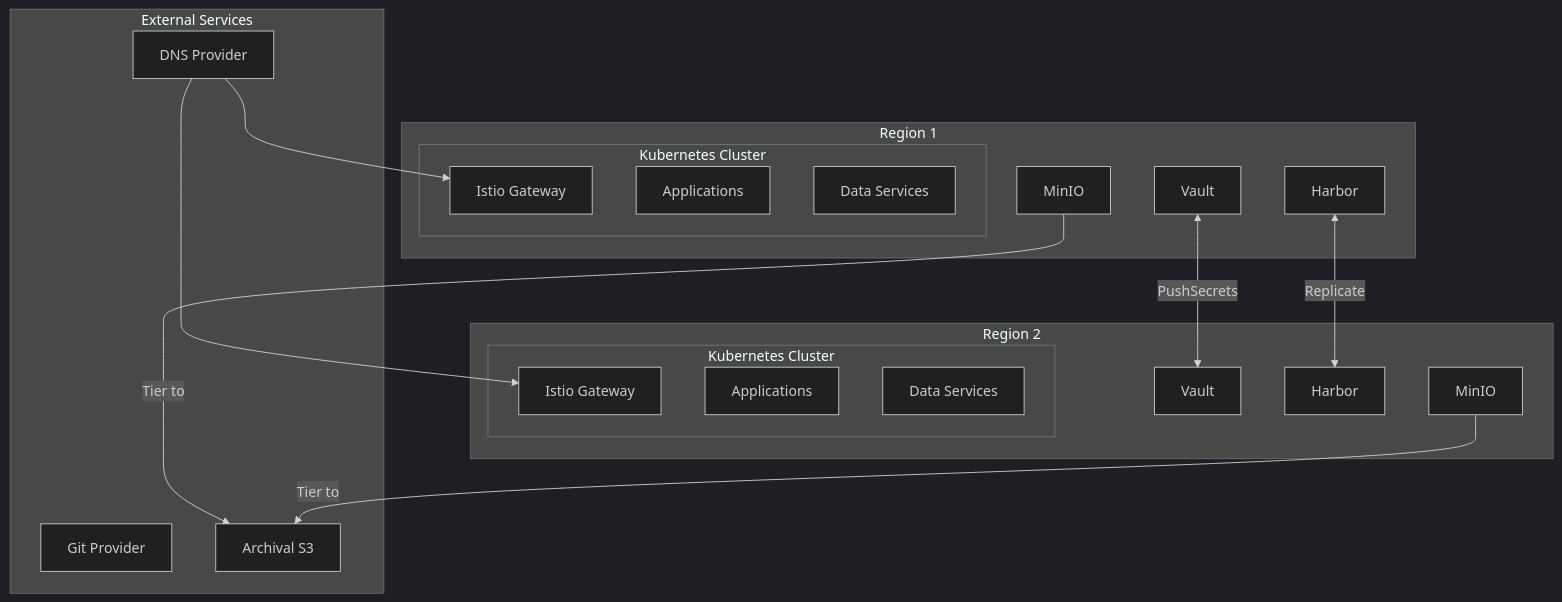
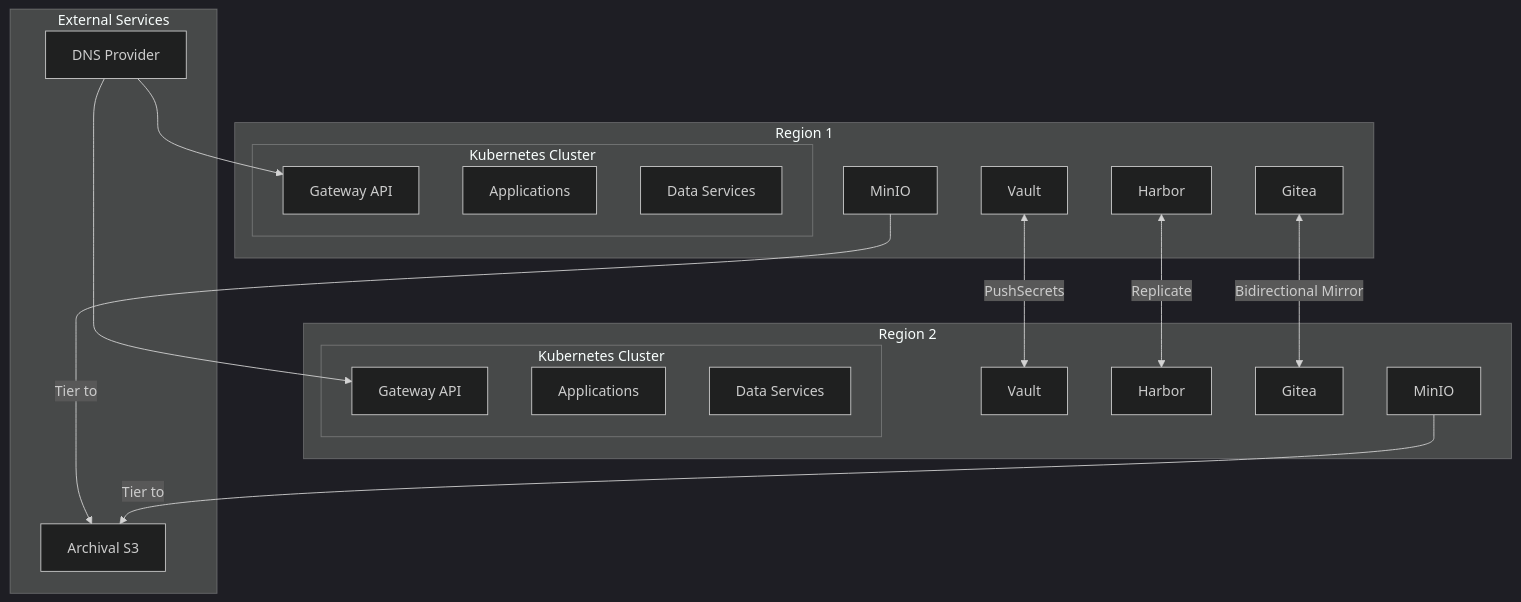
Before and after one commit to openova-io/handbook: the first of 3 diagrams in docs/specs/SPEC-PLATFORM-TECH-STACK.md, drawn with Mermaid (dark theme). The commit also changed other lines of this file and 19 other files, not shown here.

First line of the commit message:
docs: update architecture for Cilium Service Mesh and Gitea

````diff
--- a/docs/specs/SPEC-PLATFORM-TECH-STACK.md
+++ b/docs/specs/SPEC-PLATFORM-TECH-STACK.md
@@ -11,37 +11,39 @@
 ```mermaid
 flowchart TB
     subgraph External["External Services"]
         DNS[DNS Provider]
-        Git[Git Provider]
         Archival[Archival S3]
     end
 
     subgraph Region1["Region 1"]
         subgraph K8s1["Kubernetes Cluster"]
-            Istio1[Istio Gateway]
+            GW1[Gateway API]
             Apps1[Applications]
             Data1[Data Services]
         end
         Vault1[Vault]
         Harbor1[Harbor]
         MinIO1[MinIO]
+        Gitea1[Gitea]
     end
 
     subgraph Region2["Region 2"]
         subgraph K8s2["Kubernetes Cluster"]
-            Istio2[Istio Gateway]
+            GW2[Gateway API]
             Apps2[Applications]
             Data2[Data Services]
         end
         Vault2[Vault]
         Harbor2[Harbor]
         MinIO2[MinIO]
+        Gitea2[Gitea]
     end
 
-    DNS --> Istio1
-    DNS --> Istio2
+    DNS --> GW1
+    DNS --> GW2
     Harbor1 <-->|"Replicate"| Harbor2
     MinIO1 -->|"Tier to"| Archival
     MinIO2 -->|"Tier to"| Archival
     Vault1 <-->|"PushSecrets"| Vault2
+    Gitea1 <-->|"Bidirectional Mirror"| Gitea2
 ```
````
